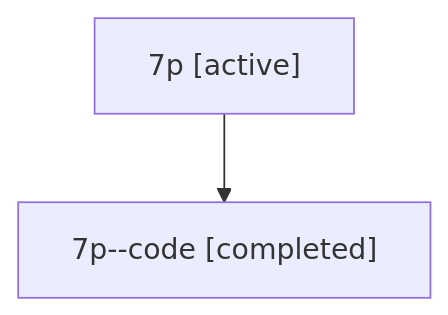
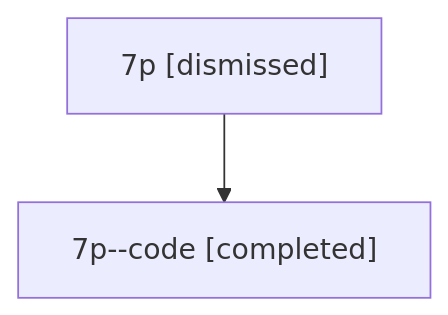
Before and after one commit to bobs-org/bob-cli--agents: the diagram in sessions/bbugyi200.athena.7p.md, drawn with Mermaid. The commit also changed other lines of this file and 10 other files, not shown here.

````diff
--- a/sessions/bbugyi200.athena.7p.md
+++ b/sessions/bbugyi200.athena.7p.md
@@ -9,6 +9,6 @@
 ```mermaid
 flowchart TD
-  n0["7p [active]"]
+  n0["7p [dismissed]"]
   n1["7p--code [completed]"]
   n0 --> n1
 ```
````
